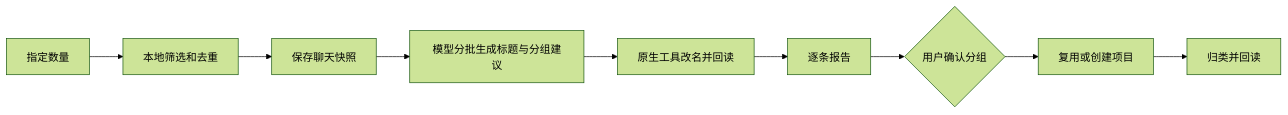
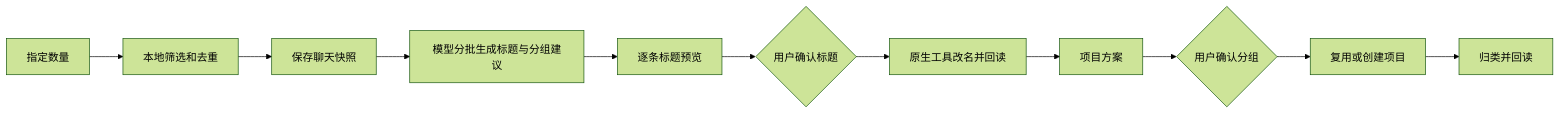
The diagram in README.md (Tingren136/codex-chat-organizer), drawn with Mermaid (forest theme) before and after one commit. The commit also changed other lines of this file and 18 other files, not shown here.

````diff
--- a/README.md
+++ b/README.md
@@ -22,11 +24,13 @@
 ```mermaid
 flowchart LR
  A[指定数量] --> B[本地筛选和去重]
  B --> C[保存聊天快照]
  C --> D[模型分批生成标题与分组建议]
- D --> E[原生工具改名并回读]
- E --> F[逐条报告]
+ D --> T[逐条标题预览]
+ T --> U{用户确认标题}
+ U --> E[原生工具改名并回读]
+ E --> F[项目方案]
  F --> G{用户确认分组}
  G --> H[复用或创建项目]
  H --> I[归类并回读]
 ```
````
